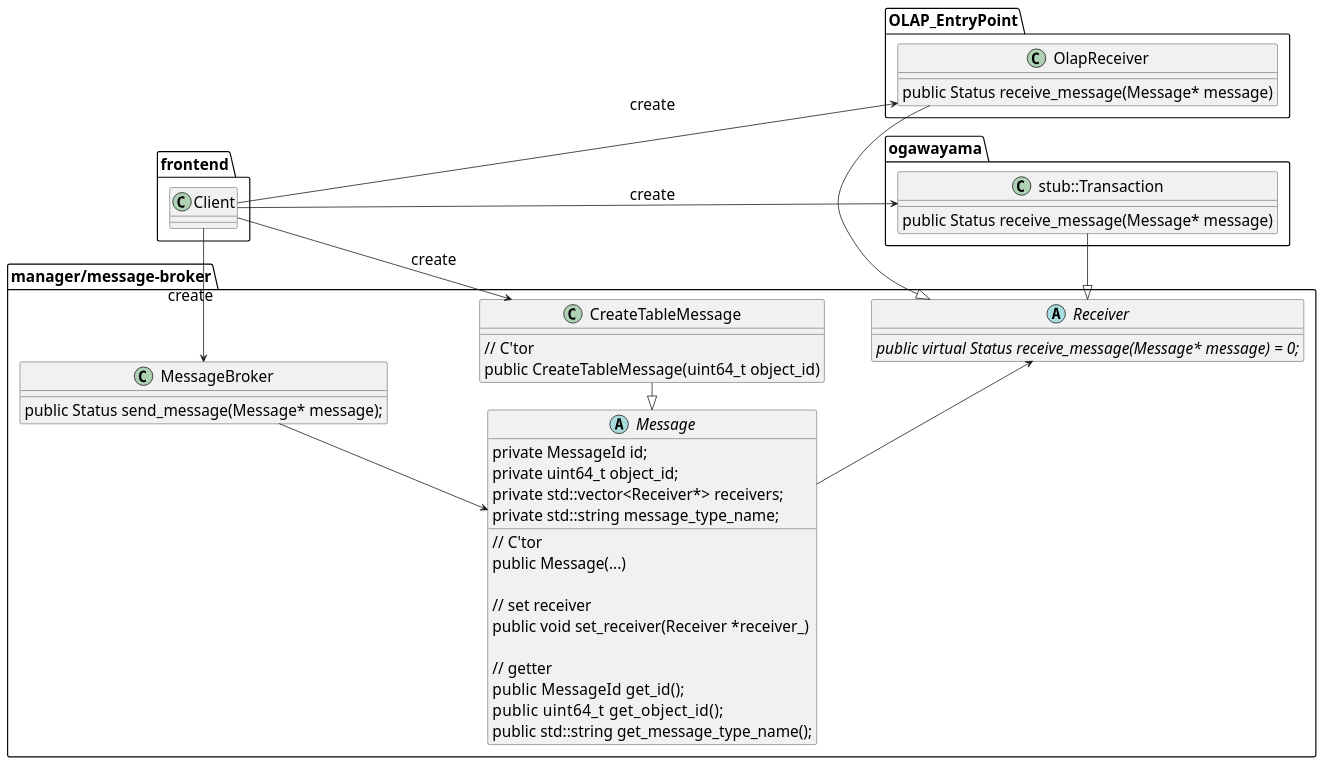
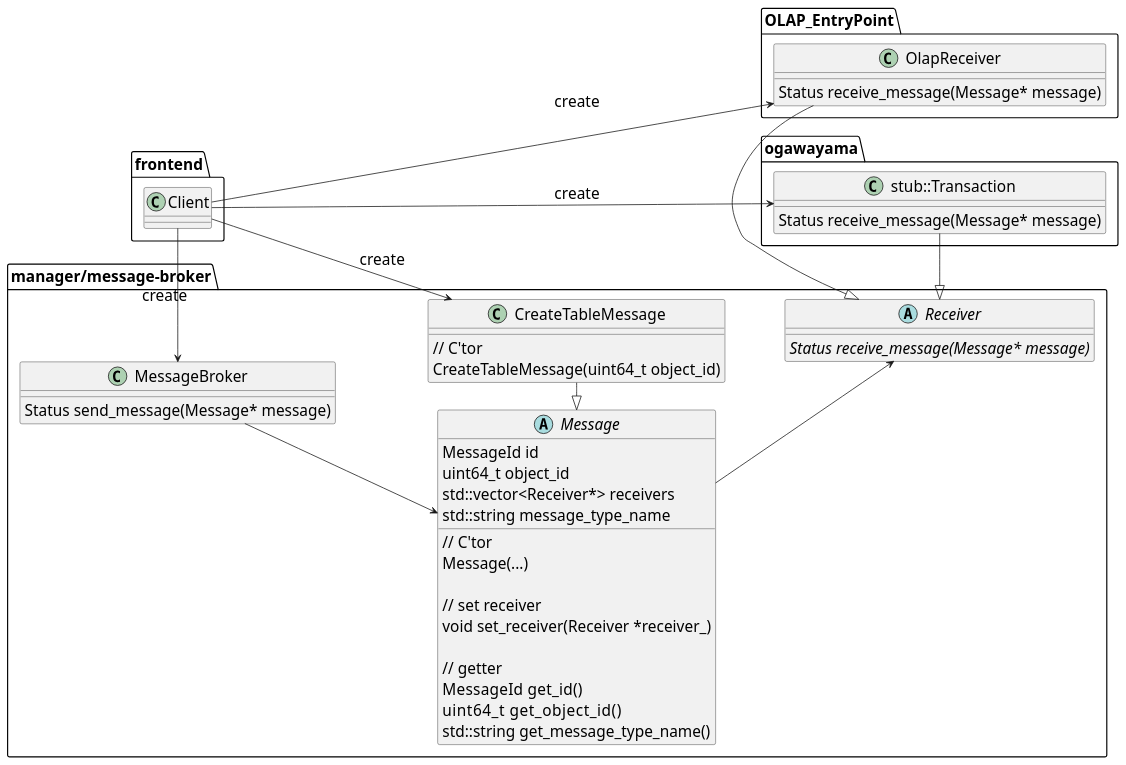
Before and after one commit to project-tsurugi/tsurugi_fdw: the diagram in docs/design/img/Command_detail.pu, drawn with PlantUML. The commit also changed 1 other file, not shown here.

Commit message:
Fix class diagram layout for github

```diff
--- a/docs/design/img/Command_detail.pu
+++ b/docs/design/img/Command_detail.pu
@@ -4,69 +4,69 @@
 @startuml Command_detail
 left to right direction
 skinparam defaultFontSize 20
 
 package "manager/message-broker" {
   abstract class Receiver {
-    {abstract} public virtual Status receive_message(Message* message) = 0;
+    {abstract} Status receive_message(Message* message)
   }
 
   abstract class Message{
-  	{field} private MessageId id;　　　　　　　　　
-  	{field} private uint64_t object_id;　　　　
-  	{field} private std::vector<Receiver*> receivers;　
-  	{field} private std::string message_type_name;
+  	{field}MessageId id　　　　　　
+  	{field}uint64_t object_id　　
+  	{field}std::vector<Receiver*> receivers
+  	{field}std::string message_type_name
     {method}// C'tor
-  	{method}public Message(...)
+  	{method}Message(...)
     {method}
     {method}// set receiver
-  	{method}public void set_receiver(Receiver *receiver_)
+  	{method}void set_receiver(Receiver *receiver_)
     {method}
     {method}// getter
-  	{method}public MessageId  get_id();
-  	{method}public uint64_t    get_object_id();
-  	{method}public std::string get_message_type_name();
+  	{method}MessageId  get_id()
+  	{method}uint64_t    get_object_id()
+  	{method}std::string get_message_type_name()
   }
 
   class CreateTableMessage {
     {method}// C'tor
-  	{method}public CreateTableMessage(uint64_t object_id)
+  	{method}CreateTableMessage(uint64_t object_id)
   }
 
   class MessageBroker {
-    public Status send_message(Message* message);
+    {method}Status send_message(Message* message)
   }
 }
 
 package ogawayama {
   class "stub::Transaction" {
-    public Status receive_message(Message* message)
+    {method}Status receive_message(Message* message)
   }
 }
 
 package OLAP_EntryPoint {
   class OlapReceiver {
-    public Status receive_message(Message* message)
+    {method}Status receive_message(Message* message)
   }
 }
 
 package frontend {
   class Client {
   }
 
 }
 
 "stub::Transaction" -|> Receiver
 
 MessageBroker --> Message
 Message --> Receiver
 
 Message <|- CreateTableMessage
 
 Client --> CreateTableMessage : create
 Client -> "stub::Transaction" : create
 MessageBroker <- Client : create
 
 OlapReceiver -|> Receiver
 Client -> OlapReceiver : create
 
 @enduml
```
